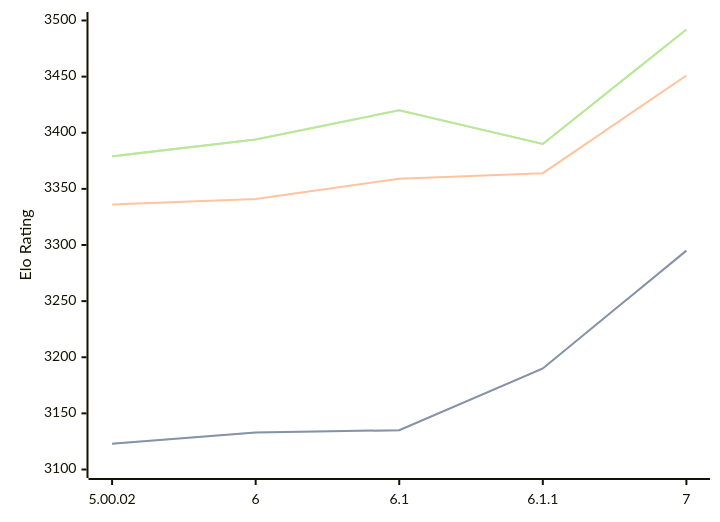
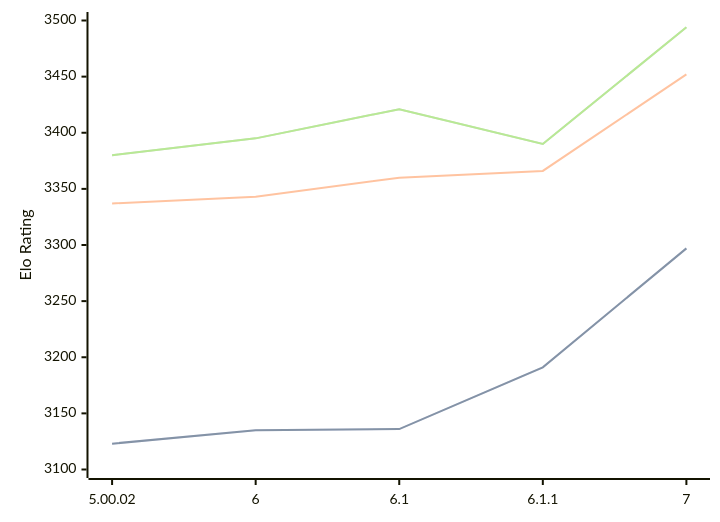
The diagram in engines/Zangdar.md (computer-chess-index/cci), drawn with Mermaid before and after one commit. The commit also changed other lines of this file, not shown here.

Commit message:
Update CCI Ratings (ELO VLTC) - 2026-07-24

````diff
--- a/engines/Zangdar.md
+++ b/engines/Zangdar.md
@@ -47,11 +47,11 @@
 ```mermaid
 %%{init: {"theme":"base","themeVariables":{"seriesColors:['#a3a3a3','#222221','#faa371']}}}%%
 xychart-beta
   x-axis ["5.00.02", "6", "6.1", "6.1.1", "7"]
   y-axis "Elo Rating" 3100 --> 3500
-  line "STC (8.0+0.08s)" [3123, 3133, 3135, 3190, 3295]
-  line "STC (8.0+0.08s)" [3123, 3133, 3135, 3190, 3295]
-  line "LTC (60.0+0.60s)" [3336, 3341, 3359, 3364, 3451]
-  line "VLTC (2m24s+1.12s)" [3379, 3394, 3420, 3390, 3492]
-  line "VLTC (2m24s+1.12s)" [3379, 3394, 3420, 3390, 3492]
+  line "STC (8.0+0.08s)" [3123, 3135, 3136, 3191, 3297]
+  line "STC (8.0+0.08s)" [3123, 3135, 3136, 3191, 3297]
+  line "LTC (60.0+0.60s)" [3337, 3343, 3360, 3366, 3452]
+  line "VLTC (2m24s+1.12s)" [3380, 3395, 3421, 3390, 3494]
+  line "VLTC (2m24s+1.12s)" [3380, 3395, 3421, 3390, 3494]
 ```
````
